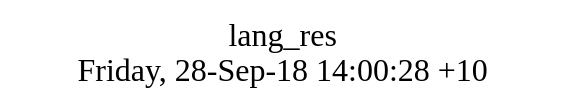
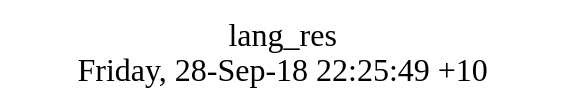
The diagram in src/lang_res/struct.dot (AlexZeDim/apps), drawn with Graphviz before and after one commit. The commit also changed 12 other files, not shown here.

Commit message:
Fixed lang res

```diff
--- a/src/lang_res/struct.dot
+++ b/src/lang_res/struct.dot
@@ -1,8 +1,8 @@
 digraph G {
 fontsize="24";
-label="lang_res\nFriday, 28-Sep-18 14:00:28 +10";
+label="lang_res\nFriday, 28-Sep-18 22:25:49 +10";
 nojustify=true;
 ordering=out;
 rankdir=LR;
 size="30";
 }
```
